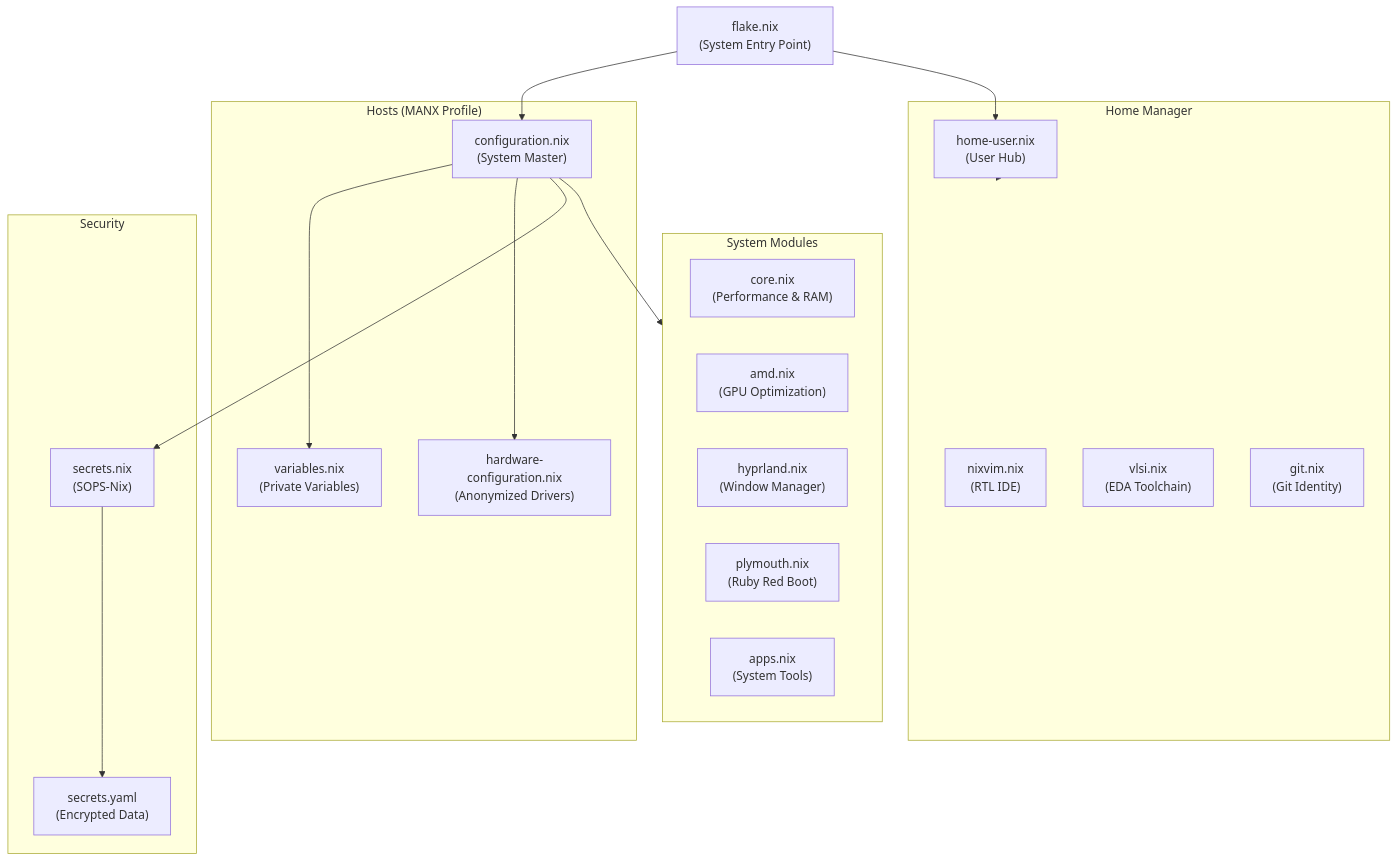
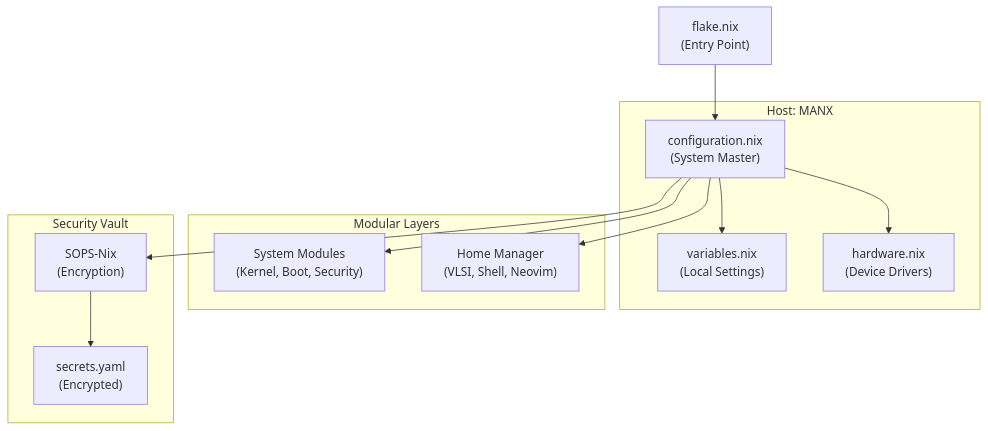
Before and after one commit to techanand8/nix-config: the diagram in README.md, drawn with Mermaid. The commit also changed other lines of this file and 2 other files, not shown here.

Commit message:
System Update: 2026-05-23 22:10

````diff
--- a/README.md
+++ b/README.md
@@ -58,46 +66,24 @@
 ```mermaid
 graph TD
-    %% Entry Points
-    Flake["flake.nix<br/>(System Entry Point)"]
-
-    %% Host Specifics
-    subgraph Hosts["Hosts (MANX Profile)"]
+    Flake["flake.nix<br/>(Entry Point)"]
+    
+    subgraph Host["Host: MANX"]
         HostConf["configuration.nix<br/>(System Master)"]
-        HostVar["variables.nix<br/>(Private Variables)"]
-        HostHW["hardware-configuration.nix<br/>(Anonymized Drivers)"]
+        HostVar["variables.nix<br/>(Local Settings)"]
+        HostHW["hardware.nix<br/>(Device Drivers)"]
     end
 
-    %% System Modules
-    subgraph SystemModules["System Modules"]
-        SysCore["core.nix<br/>(Performance & RAM)"]
-        SysAMD["amd.nix<br/>(GPU Optimization)"]
-        SysHypr["hyprland.nix<br/>(Window Manager)"]
-        SysBoot["plymouth.nix<br/>(Ruby Red Boot)"]
-        SysApps["apps.nix<br/>(System Tools)"]
+    subgraph Modules["Modular Layers"]
+        Sys["System Modules<br/>(Kernel, Boot, Security)"]
+        Home["Home Manager<br/>(VLSI, Shell, Neovim)"]
     end
 
-    %% Home Manager
-    subgraph HomeModules["Home Manager"]
-        HomeHub["home-user.nix<br/>(User Hub)"]
-        HomeNixvim["nixvim.nix<br/>(RTL IDE)"]
-        HomeVLSI["vlsi.nix<br/>(EDA Toolchain)"]
-        HomeGit["git.nix<br/>(Git Identity)"]
+    subgraph Secrets["Security Vault"]
+        Sops["SOPS-Nix<br/>(Encryption)"]
+        YAML["secrets.yaml<br/>(Encrypted)"]
     end
 
-    %% Secret Management
-    subgraph Security["Security"]
-        Sops["secrets.nix<br/>(SOPS-Nix)"]
-        Secrets["secrets.yaml<br/>(Encrypted Data)"]
-    end
-
-    %% Flow Logic
     Flake --> HostConf
-    HostConf --> HostVar
-    HostConf --> HostHW
-    HostConf --> SystemModules
-    HostConf --> Sops
-    Sops --> Secrets
-    
-    Flake --> HomeHub
-    HomeHub --> HomeModules
+    HostConf --> HostVar & HostHW & Sys & Home & Sops
+    Sops --> YAML
 ```
````
